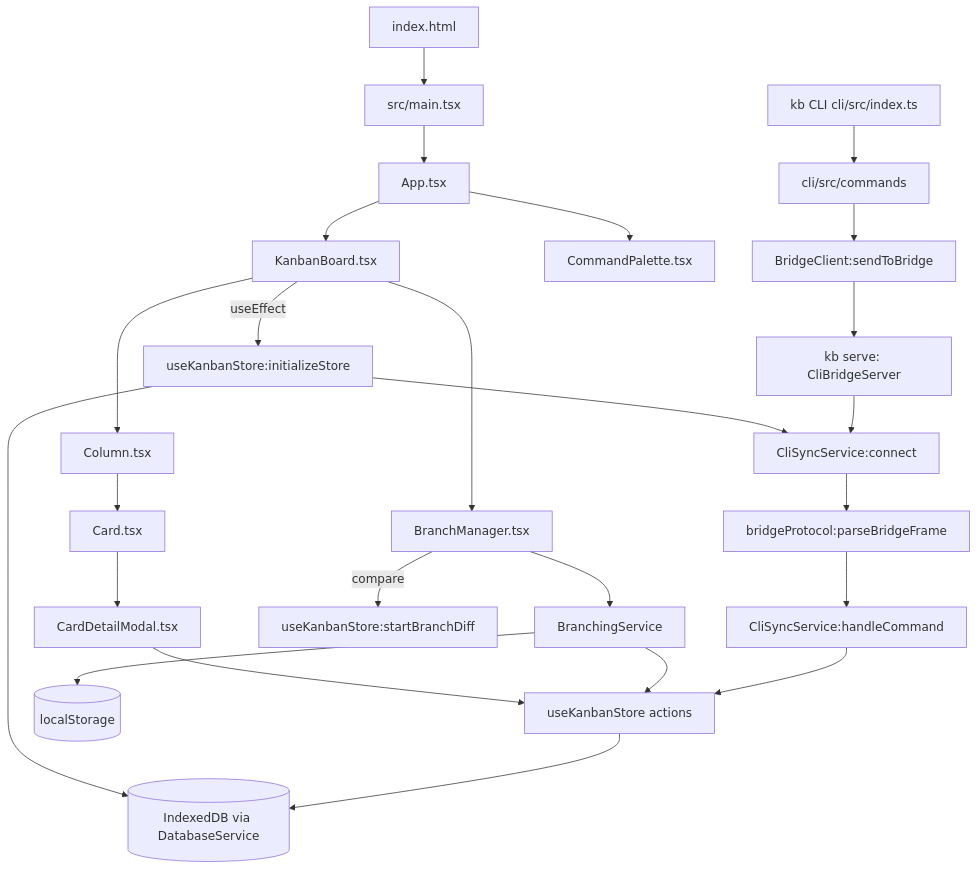
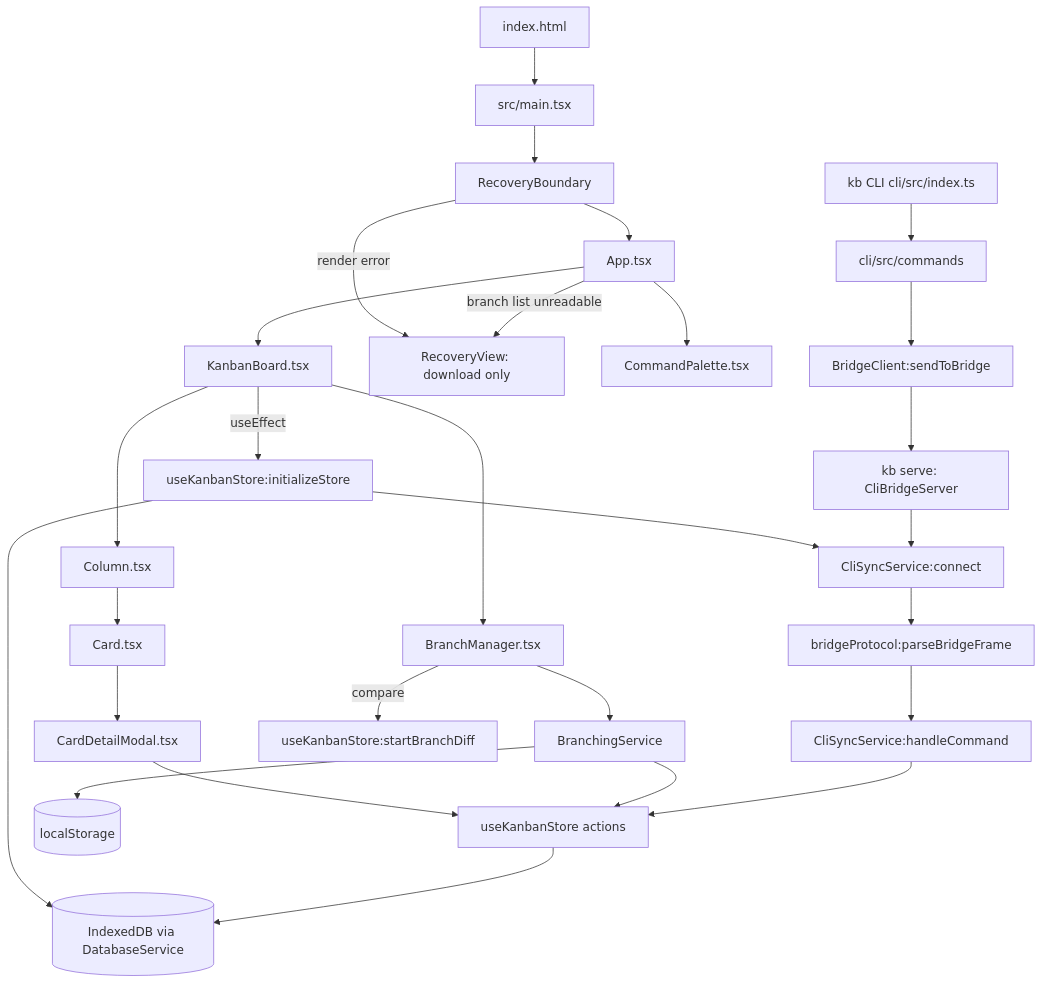
One commit to vardaanbazaz/kanbanlight changed the diagram in flow.md. Above: the diagram before and after it, drawn with Mermaid. The commit also changed other lines of this file and 7 other files, not shown here.

First line of the commit message:
fix: recovery screen for data the app cannot display

````diff
--- a/flow.md
+++ b/flow.md
@@ -69,17 +72,19 @@
 ```mermaid
 flowchart TD
   html[index.html] --> main[src/main.tsx]
-  main --> App[App.tsx] --> KB[KanbanBoard.tsx]
+  main --> RB[RecoveryBoundary] --> App[App.tsx] --> KB[KanbanBoard.tsx]
+  RB -->|render error| RV[RecoveryView: download only]
+  App -->|branch list unreadable| RV
   App --> CP[CommandPalette.tsx]
   KB -->|useEffect| init[useKanbanStore:initializeStore]
   init --> DB[(IndexedDB via DatabaseService)]
   init --> WS[CliSyncService:connect]
   KB --> Col[Column.tsx] --> Card[Card.tsx] --> Modal[CardDetailModal.tsx]
   Modal --> store[useKanbanStore actions] --> DB
   KB --> BM[BranchManager.tsx] --> BS[BranchingService] --> LS[(localStorage)]
   BS --> store
   BM -->|compare| diff[useKanbanStore:startBranchDiff]
   kb[kb CLI cli/src/index.ts] --> cmds[cli/src/commands] --> BC[BridgeClient:sendToBridge]
   BC --> srv[kb serve: CliBridgeServer] --> WS
   WS --> parse[bridgeProtocol:parseBridgeFrame] --> handle[CliSyncService:handleCommand] --> store
 ```
````
